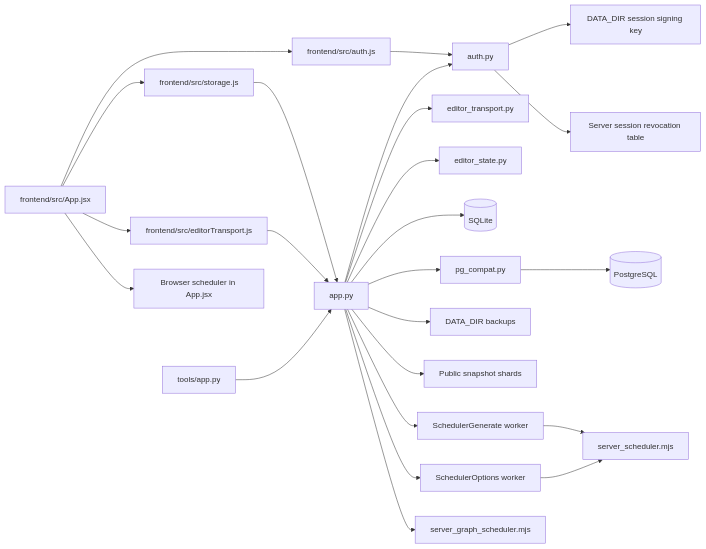
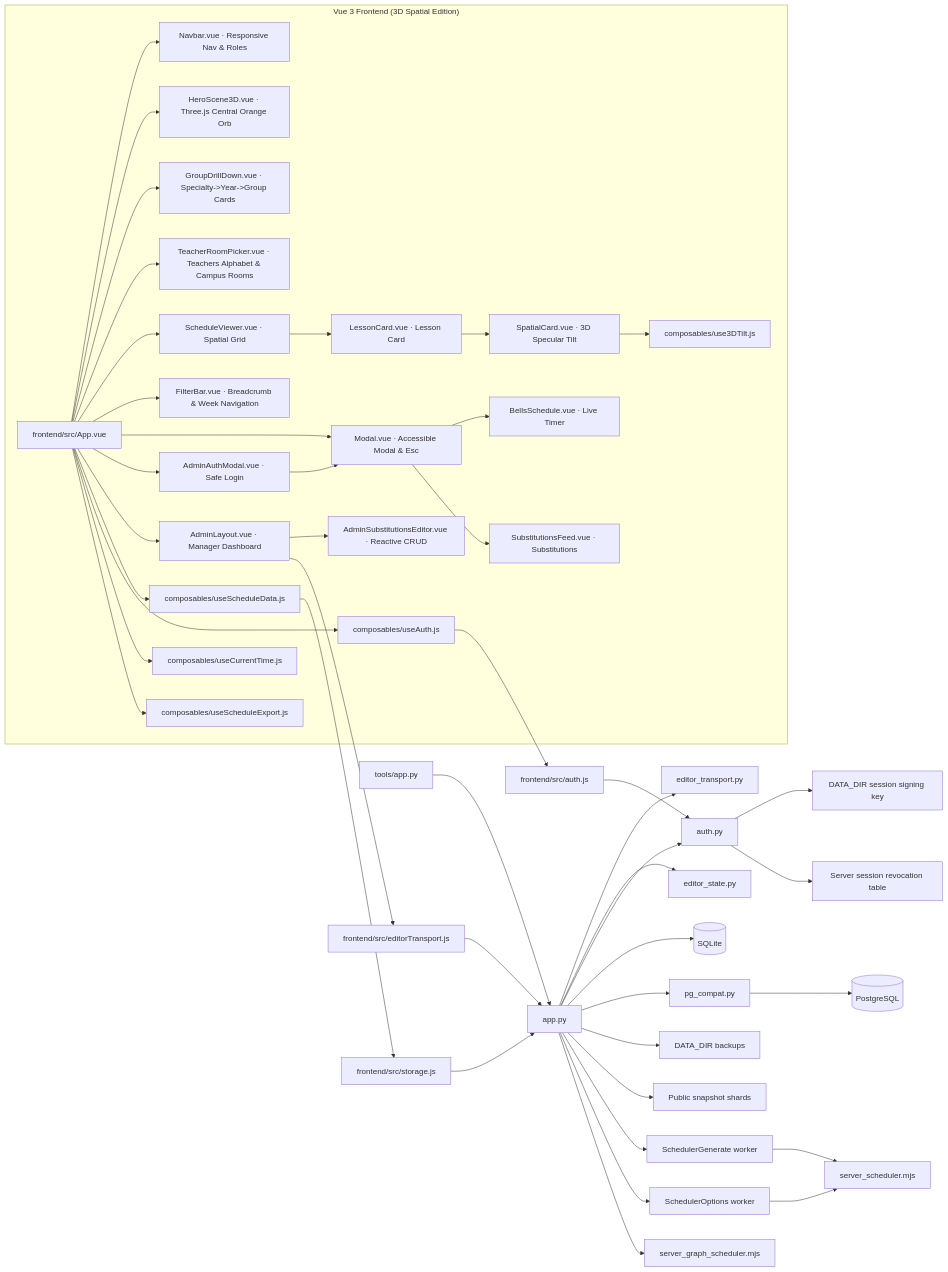
Before and after one commit to nikkhl0358-max/time: the first of 7 diagrams in docs/UML.md, drawn with Mermaid. The commit also changed other lines of this file and 20 other files, not shown here.

````diff
--- a/docs/UML.md
+++ b/docs/UML.md
@@ -7,26 +7,66 @@
 ```mermaid
 flowchart LR
-    Browser[frontend/src/App.jsx] --> AuthClient[frontend/src/auth.js]
-    Browser --> StorageClient[frontend/src/storage.js]
-    Browser --> EditorClient[frontend/src/editorTransport.js]
+    subgraph Frontend["Vue 3 Frontend (3D Spatial Edition)"]
+        App[frontend/src/App.vue]
+        Navbar[Navbar.vue · Responsive Nav & Roles]
+        Hero[HeroScene3D.vue · Three.js Central Orange Orb]
+        DrillDown[GroupDrillDown.vue · Specialty->Year->Group Cards]
+        EntityPicker[TeacherRoomPicker.vue · Teachers Alphabet & Campus Rooms]
+        Viewer[ScheduleViewer.vue · Spatial Grid]
+        Card[LessonCard.vue · Lesson Card]
+        SpatialCard[SpatialCard.vue · 3D Specular Tilt]
+        Filter[FilterBar.vue · Breadcrumb & Week Navigation]
+        Modal[Modal.vue · Accessible Modal & Esc]
+        Bells[BellsSchedule.vue · Live Timer]
+        Subs[SubstitutionsFeed.vue · Substitutions]
+        AuthModal[AdminAuthModal.vue · Safe Login]
+        Admin[AdminLayout.vue · Manager Dashboard]
+        AdminSubs[AdminSubstitutionsEditor.vue · Reactive CRUD]
+        
+        App --> Navbar
+        App --> Hero
+        App --> DrillDown
+        App --> EntityPicker
+        App --> Viewer
+        Viewer --> Card
+        Card --> SpatialCard
+        App --> Filter
+        App --> Modal
+        Modal --> Bells
+        Modal --> Subs
+        App --> AuthModal
+        AuthModal --> Modal
+        App --> Admin
+        Admin --> AdminSubs
+
+        App --> SchedComposable[composables/useScheduleData.js]
+        App --> AuthComposable[composables/useAuth.js]
+        App --> TimeComposable[composables/useCurrentTime.js]
+        App --> ExportComposable[composables/useScheduleExport.js]
+        SpatialCard --> TiltComposable[composables/use3DTilt.js]
+    end
+
+    SchedComposable --> StorageClient[frontend/src/storage.js]
+    AuthComposable --> AuthClient[frontend/src/auth.js]
+    Admin --> EditorClient[frontend/src/editorTransport.js]
+
     AuthClient --> Auth[auth.py]
     StorageClient --> API[app.py]
     EditorClient --> API
     API --> EditorTransport[editor_transport.py]
     API --> EditorState[editor_state.py]
     Legacy[tools/app.py] --> API
     API --> Auth
     Auth --> Key[DATA_DIR session signing key]
     Auth --> SessionRevoke[Server session revocation table]
     API --> SQLite[(SQLite)]
     API --> PgCompat[pg_compat.py]
     PgCompat --> Postgres[(PostgreSQL)]
     API --> Backups[DATA_DIR backups]
     API --> Public[Public snapshot shards]
     API --> GenWorker[SchedulerGenerate worker]
     API --> OptWorker[SchedulerOptions worker]
     GenWorker --> Scheduler[server_scheduler.mjs]
     OptWorker --> Scheduler
     API --> GraphScheduler[server_graph_scheduler.mjs]
-    Browser --> ClientScheduler[Browser scheduler in App.jsx]
 ```
````
